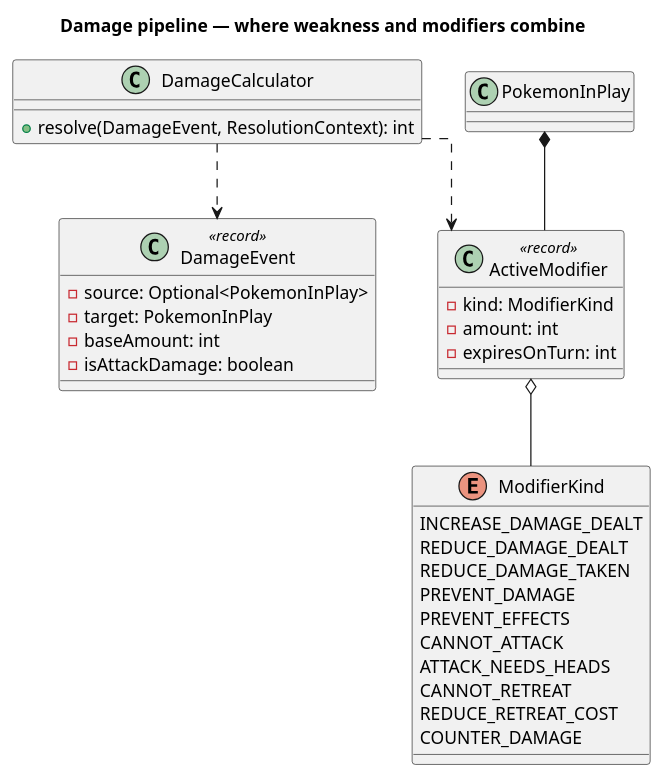
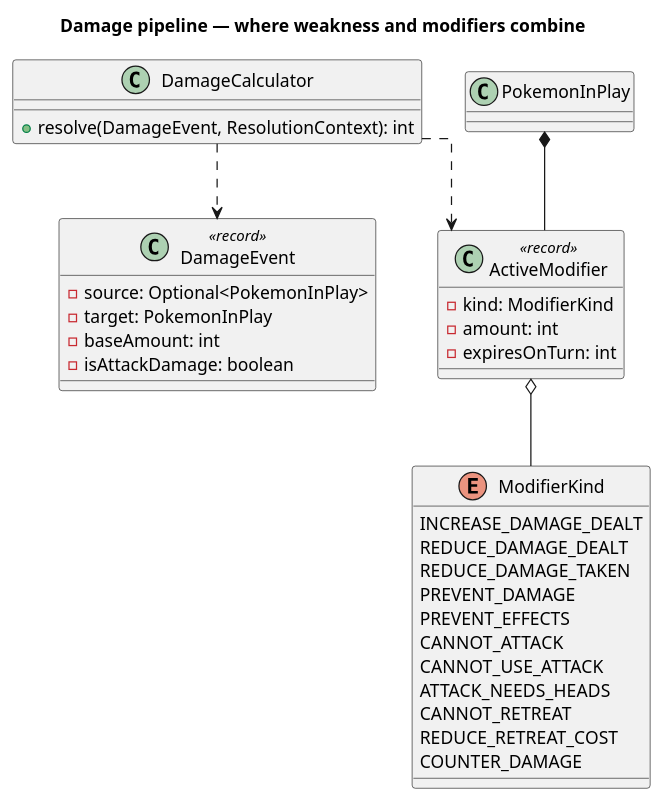
The first of 2 diagrams in docs/UML/Damage.puml (Richie-Moon/TCGPocketBattler), drawn with PlantUML before and after one commit. The commit also changed 35 other files, not shown here.

```diff
--- a/docs/UML/Damage.puml
+++ b/docs/UML/Damage.puml
@@ -1,53 +1,54 @@
 @startuml
 title Damage pipeline — where weakness and modifiers combine
 
 skinparam linetype ortho
 
 /'
   DealDamage names only an amount and a target, so weakness, ReduceDamageTaken,
   ReduceDamageDealt and IncreaseDamage had nowhere to meet, and IDurationEffect's `duration` had
   nowhere to be stored. Both are fixed here.
 '/
 
 class DamageEvent <<record>> {
     - source: Optional<PokemonInPlay>
     - target: PokemonInPlay
     - baseAmount: int
     /' False for spread/bench damage and for between-turns poison and burn,
        which skip weakness and most modifiers. '/
     - isAttackDamage: boolean
 }
 
 class DamageCalculator {
     + resolve(DamageEvent, ResolutionContext): int
 }
 
 /'
   Installed on PokemonInPlay by an IDurationEffect and expired between turns.
   This is the storage that IDurationEffect previously lacked.
 '/
 class ActiveModifier <<record>> {
     - kind: ModifierKind
     - amount: int
     - expiresOnTurn: int
 }
 
 enum ModifierKind {
     INCREASE_DAMAGE_DEALT
     REDUCE_DAMAGE_DEALT
     REDUCE_DAMAGE_TAKEN
     PREVENT_DAMAGE
     PREVENT_EFFECTS
     CANNOT_ATTACK
+    CANNOT_USE_ATTACK
     ATTACK_NEEDS_HEADS
     CANNOT_RETREAT
     REDUCE_RETREAT_COST
     COUNTER_DAMAGE
 }
 
 DamageCalculator ..> DamageEvent
 DamageCalculator ..> ActiveModifier
 ActiveModifier o-- ModifierKind
 PokemonInPlay *-- ActiveModifier
 
 @enduml
```
